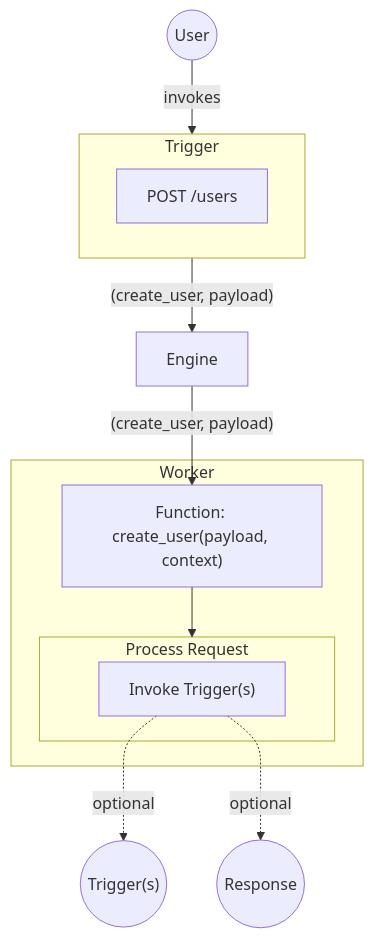
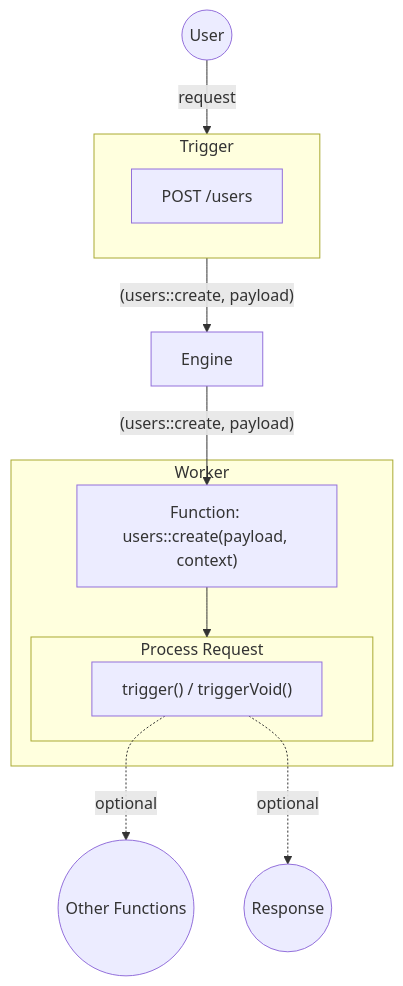
The diagram in content/primitives/workers.mdx (iii-hq/docs), drawn with Mermaid before and after one commit. The commit also changed other lines of this file and 20 other files, not shown here.

First line of the commit message:
docs: rename call/callVoid to trigger/triggerVoid across entire docs

````diff
--- a/content/primitives/workers.mdx
+++ b/content/primitives/workers.mdx
@@ -14,23 +14,23 @@
 ```mermaid
 graph TB
-    User((User)) -->|invokes| Trigger
+    User((User)) -->|request| Trigger
 
     subgraph Trigger[Trigger]
-        Config[POST /users]
+        Config["POST /users"]
     end
 
-    Trigger -->|"(create_user, payload)"| Engine[Engine]
+    Trigger -->|"(users::create, payload)"| Engine[Engine]
 
-    Engine -->|"(create_user, payload)"| Function
+    Engine -->|"(users::create, payload)"| Function
 
     subgraph Worker[Worker]
-        Function["Function: create_user(payload, context)"]
+        Function["Function: users::create(payload, context)"]
         Function --> P1
         subgraph P1[Process Request]
-            P2["Invoke Trigger(s)"]
+            P2["trigger() / triggerVoid()"]
         end
     end
 
-    P2 -.->|optional| Triggers(("Trigger(s)"))
+    P2 -.->|optional| OtherFn(("Other Functions"))
     P2 -.->|optional| P3(("Response"))
 ```
````
